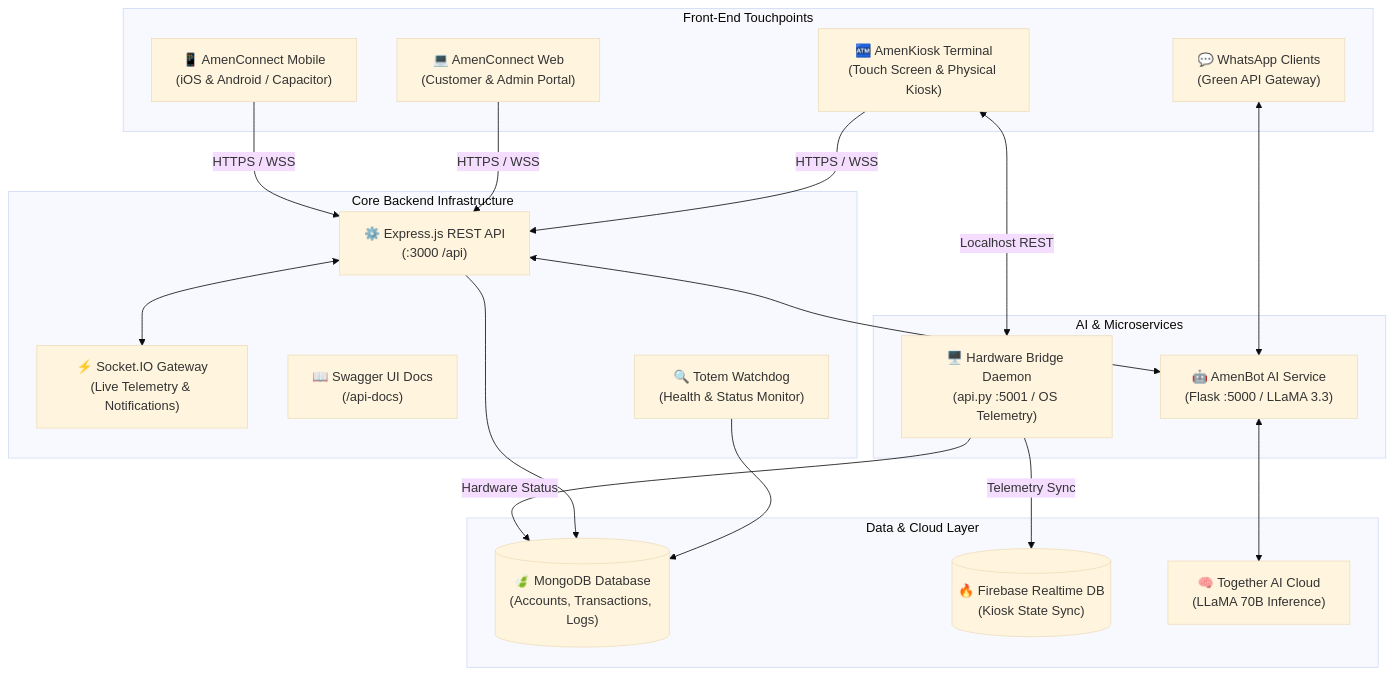
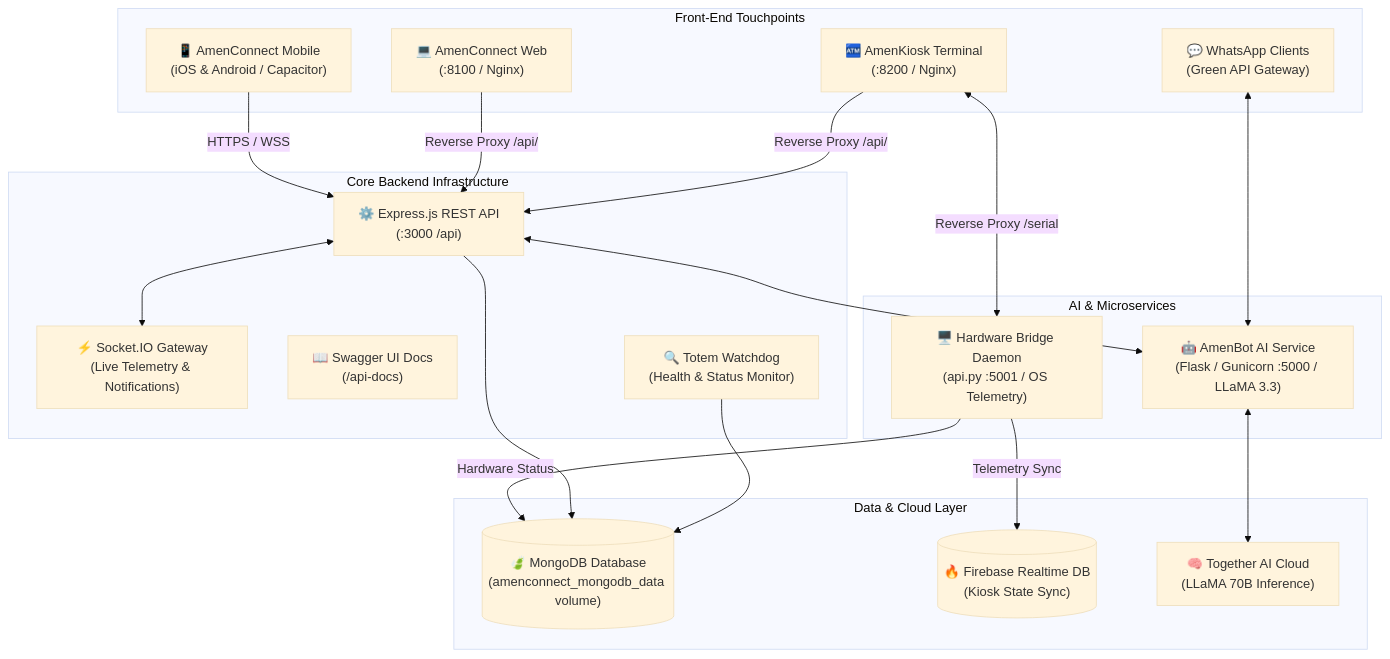
One commit to nexusMAKO1/amenconnect changed the diagram in README.md. Above: the diagram before and after it, drawn with Mermaid (base theme). The commit also changed other lines of this file and 24 other files, not shown here.

````diff
--- a/README.md
+++ b/README.md
@@ -50,41 +123,41 @@
 ```mermaid
 flowchart TB
     subgraph Clients["Front-End Touchpoints"]
         MobileApp["📱 AmenConnect Mobile<br/>(iOS & Android / Capacitor)"]
-        WebApp["💻 AmenConnect Web<br/>(Customer & Admin Portal)"]
-        Kiosk["🏧 AmenKiosk Terminal<br/>(Touch Screen & Physical Kiosk)"]
+        WebApp["💻 AmenConnect Web<br/>(:8100 / Nginx)"]
+        Kiosk["🏧 AmenKiosk Terminal<br/>(:8200 / Nginx)"]
         WhatsApp["💬 WhatsApp Clients<br/>(Green API Gateway)"]
     end
 
     subgraph CoreBackend["Core Backend Infrastructure"]
         API["⚙️ Express.js REST API<br/>(:3000 /api)"]
         SocketServer["⚡ Socket.IO Gateway<br/>(Live Telemetry & Notifications)"]
         Swagger["📖 Swagger UI Docs<br/>(/api-docs)"]
         TotemMonitor["🔍 Totem Watchdog<br/>(Health & Status Monitor)"]
     end
 
     subgraph PythonServices["AI & Microservices"]
-        AmenBot["🤖 AmenBot AI Service<br/>(Flask :5000 / LLaMA 3.3)"]
+        AmenBot["🤖 AmenBot AI Service<br/>(Flask / Gunicorn :5000 / LLaMA 3.3)"]
         HardwareDaemon["🖥️ Hardware Bridge Daemon<br/>(api.py :5001 / OS Telemetry)"]
     end
 
     subgraph StorageLayer["Data & Cloud Layer"]
-        MongoDB[("🍃 MongoDB Database<br/>(Accounts, Transactions, Logs)")]
+        MongoDB[("🍃 MongoDB Database<br/>(amenconnect_mongodb_data volume)")]
         Firebase[("🔥 Firebase Realtime DB<br/>(Kiosk State Sync)")]
         TogetherAI["🧠 Together AI Cloud<br/>(LLaMA 70B Inference)"]
     end
 
     MobileApp -->|HTTPS / WSS| API
-    WebApp -->|HTTPS / WSS| API
-    Kiosk -->|HTTPS / WSS| API
-    Kiosk <-->|Localhost REST| HardwareDaemon
+    WebApp -->|Reverse Proxy /api/| API
+    Kiosk -->|Reverse Proxy /api/| API
+    Kiosk <-->|Reverse Proxy /serial| HardwareDaemon
     HardwareDaemon -->|Telemetry Sync| Firebase
     HardwareDaemon -->|Hardware Status| MongoDB
 
     API <--> SocketServer
     API --> MongoDB
     API <--> AmenBot
     AmenBot <--> TogetherAI
     WhatsApp <--> AmenBot
     TotemMonitor --> MongoDB
 ```
````
